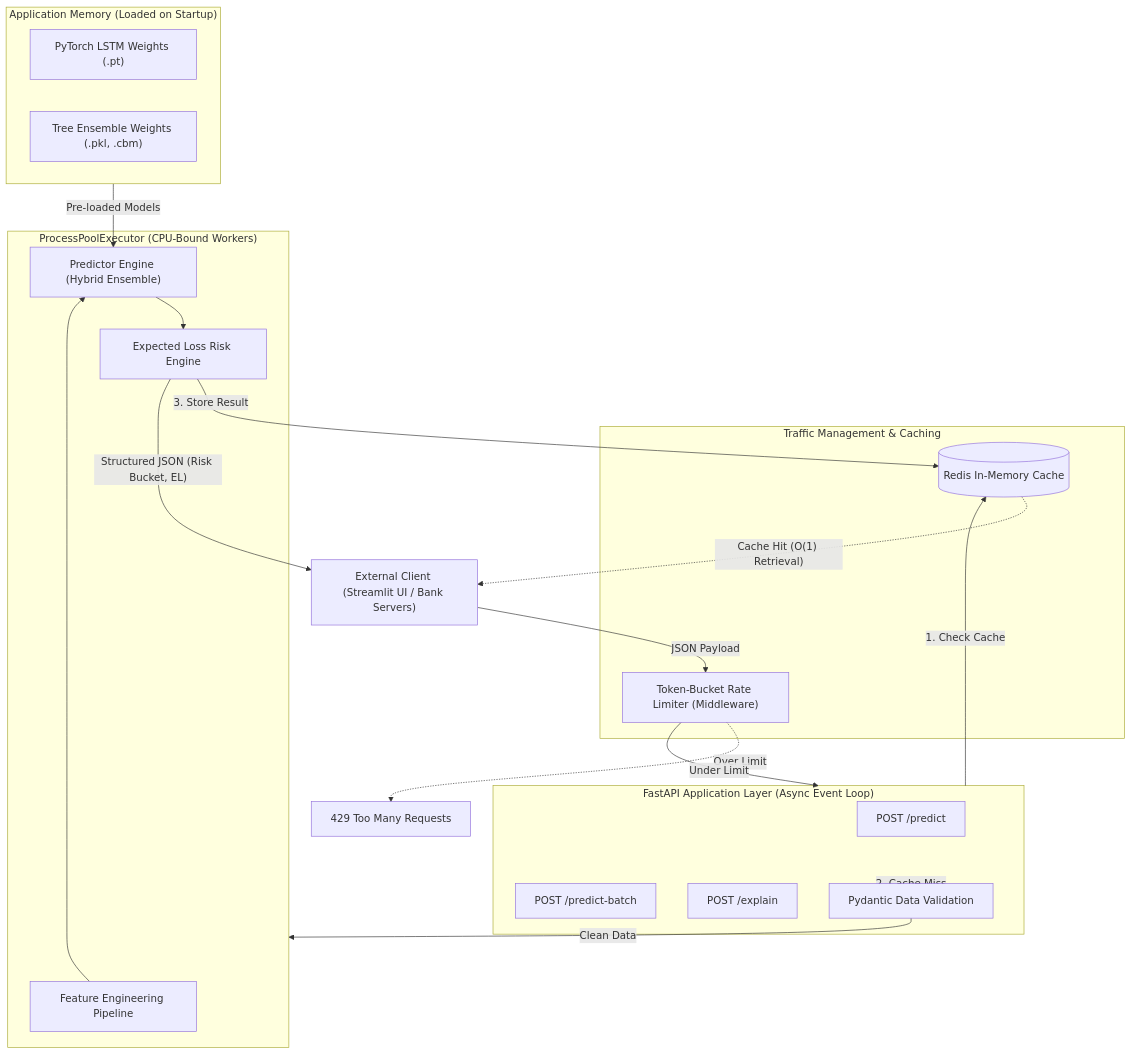
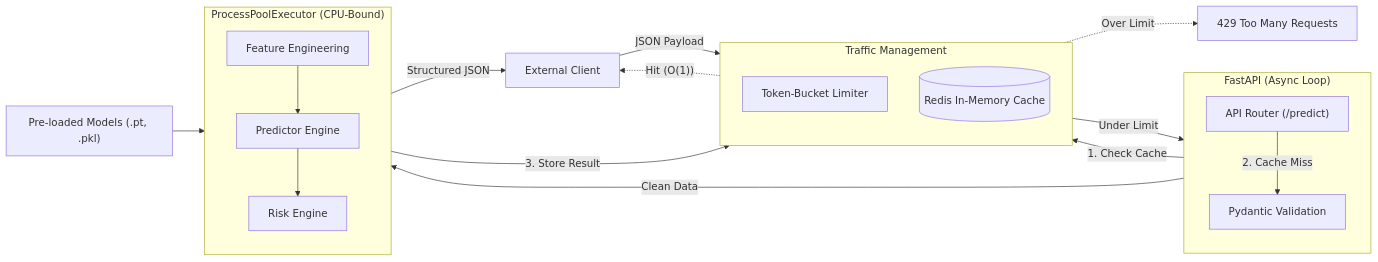
The diagram in README.md (SHREESH-git/Pre-Delinquency-Risk-Prediction-API), drawn with Mermaid before and after one commit.

Commit message:
Added Final Architecture Diagram

````diff
--- a/README.md
+++ b/README.md
@@ -18,49 +18,48 @@
 ```mermaid
-flowchart TD
+flowchart LR
     %% ===== EXTERNAL TIER =====
-    Client["External Client (Streamlit UI / Bank Servers)"]
+    Client["External Client"]
 
     %% ===== INGRESS & TRAFFIC CONTROL =====
-    subgraph Gateway["Traffic Management & Caching"]
-        Ratelimit["Token-Bucket Rate Limiter (Middleware)"]
+    subgraph Gateway ["Traffic Management"]
+        direction TB
+        Ratelimit["Token-Bucket Limiter"]
         Redis[("Redis In-Memory Cache")]
     end
 
-    %% ===== API ROUTING (FASTAPI) =====
-    subgraph API["FastAPI Application Layer (Async Event Loop)"]
-        A1["POST /predict"]
-        A2["POST /predict-batch"]
-        A3["POST /explain"]
-        Pydantic["Pydantic Data Validation"]
+    %% ===== API ROUTING =====
+    subgraph API ["FastAPI (Async Loop)"]
+        direction TB
+        Router["API Router (/predict)"]
+        Pydantic["Pydantic Validation"]
     end
 
-    %% ===== MULTI-PROCESSING POOL (Bypassing GIL) =====
-    subgraph Workers["ProcessPoolExecutor (CPU-Bound Workers)"]
-        B1["Feature Engineering Pipeline"]
-        B2["Predictor Engine (Hybrid Ensemble)"]
-        B3["Expected Loss Risk Engine"]
+    %% ===== MULTI-PROCESSING POOL =====
+    subgraph Workers ["ProcessPoolExecutor (CPU-Bound)"]
+        direction TB
+        B1["Feature Engineering"]
+        B2["Predictor Engine"]
+        B3["Risk Engine"]
     end
 
-    %% ===== SHARED MEMORY CACHE =====
-    subgraph Memory["Application Memory (Loaded on Startup)"]
-        M1["PyTorch LSTM Weights (.pt)"]
-        M2["Tree Ensemble Weights (.pkl, .cbm)"]
-    end
+    %% ===== SHARED MEMORY =====
+    Memory["Pre-loaded Models (.pt, .pkl)"]
 
     %% ===== DATA FLOW =====
     Client -- "JSON Payload" --> Ratelimit
-    Ratelimit -- "Under Limit" --> API
+    Ratelimit -- "Under Limit" --> Router
     Ratelimit -. "Over Limit" .-> Reject["429 Too Many Requests"]
 
-    API -- "1. Check Cache" --> Redis
-    Redis -. "Cache Hit (O(1) Retrieval)" .-> Client
+    Router -- "1. Check Cache" --> Redis
+    Redis -. "Hit (O(1))" .-> Client
 
-    API -- "2. Cache Miss" --> Pydantic
-    Pydantic -- "Clean Data" --> Workers
+    Router -- "2. Cache Miss" --> Pydantic
+    Pydantic -- "Clean Data" --> B1
     
-    Memory -- "Pre-loaded Models" --> B2
+    B1 --> B2
+    Memory --> B2
+    B2 --> B3
     
-    B1 --> B2 --> B3
     B3 -- "3. Store Result" --> Redis
-    B3 -- "Structured JSON (Risk Bucket, EL)" --> Client
+    B3 -- "Structured JSON" --> Client
 ```
````
